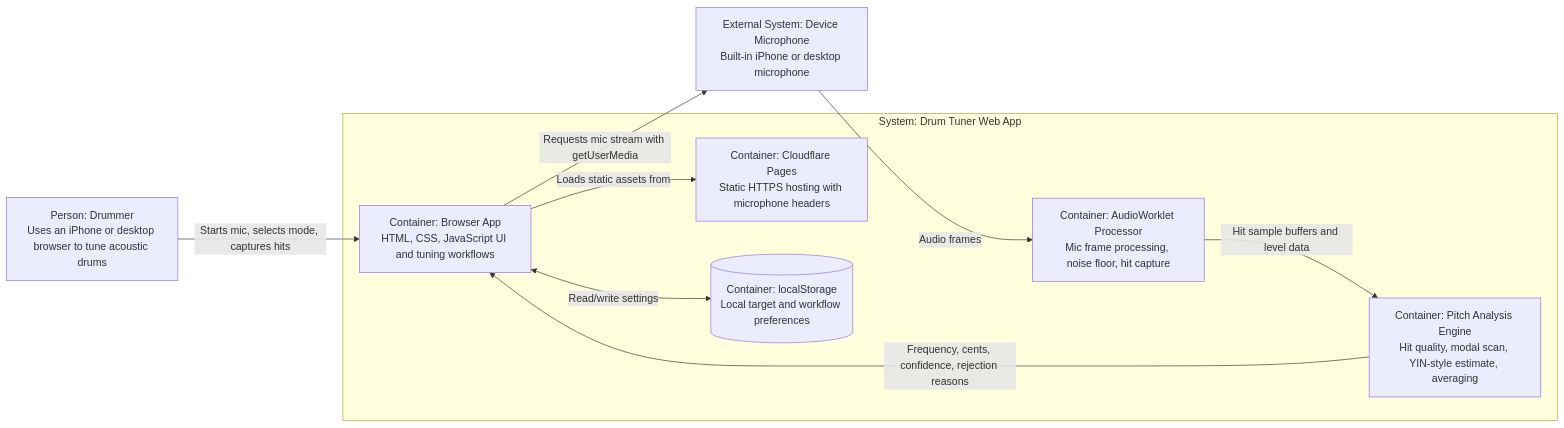
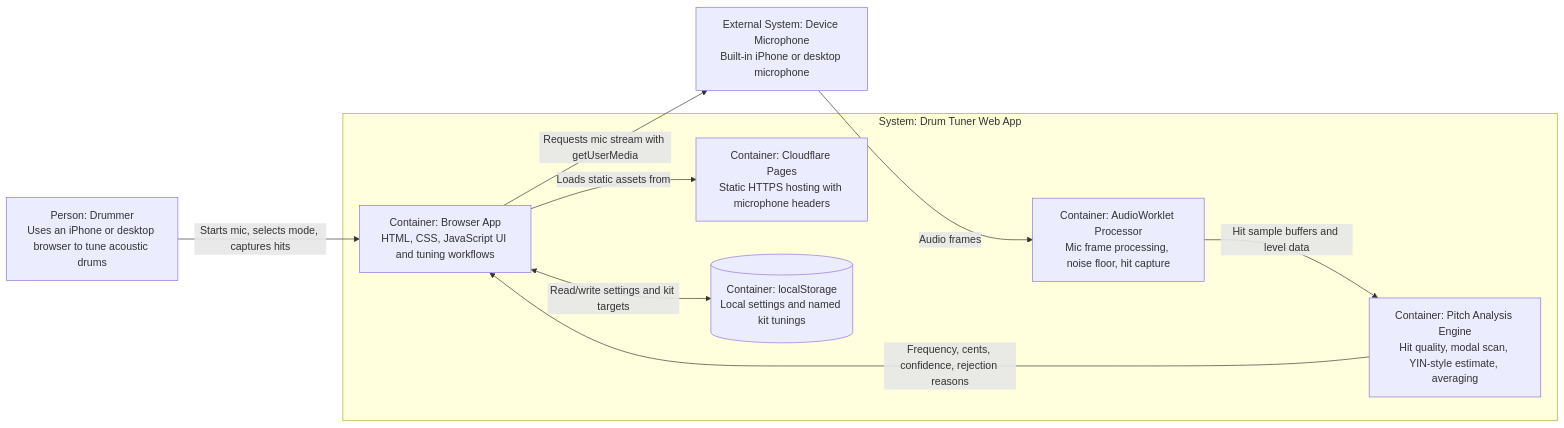
One commit to manynames3/drum-tuner changed the diagram in docs/architecture.md. Above: the diagram before and after it, drawn with Mermaid. The commit also changed other lines of this file and 8 other files, not shown here.

Commit message:
Add measured tuning references and local kit saves

````diff
--- a/docs/architecture.md
+++ b/docs/architecture.md
@@ -11,21 +11,21 @@
 ```mermaid
 flowchart LR
     drummer["Person: Drummer<br/>Uses an iPhone or desktop browser to tune acoustic drums"]
     mic["External System: Device Microphone<br/>Built-in iPhone or desktop microphone"]
 
     subgraph app["System: Drum Tuner Web App"]
         pages["Container: Cloudflare Pages<br/>Static HTTPS hosting with microphone headers"]
         browser["Container: Browser App<br/>HTML, CSS, JavaScript UI and tuning workflows"]
         worklet["Container: AudioWorklet Processor<br/>Mic frame processing, noise floor, hit capture"]
         dsp["Container: Pitch Analysis Engine<br/>Hit quality, modal scan, YIN-style estimate, averaging"]
-        storage[("Container: localStorage<br/>Local target and workflow preferences")]
+        storage[("Container: localStorage<br/>Local settings and named kit tunings")]
     end
 
     drummer -->|"Starts mic, selects mode, captures hits"| browser
     browser -->|"Loads static assets from"| pages
     browser -->|"Requests mic stream with getUserMedia"| mic
     mic -->|"Audio frames"| worklet
     worklet -->|"Hit sample buffers and level data"| dsp
     dsp -->|"Frequency, cents, confidence, rejection reasons"| browser
-    browser <-->|"Read/write settings"| storage
+    browser <-->|"Read/write settings and kit targets"| storage
 ```
````
